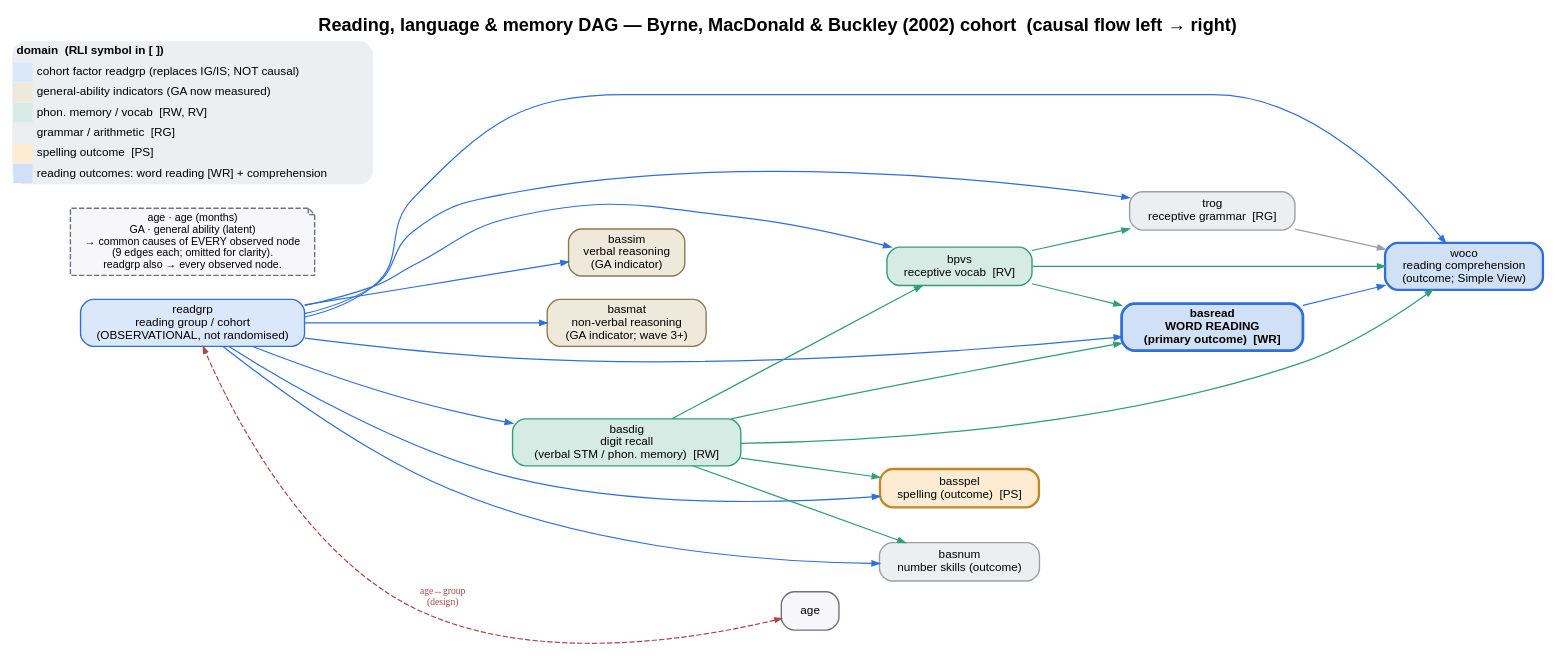
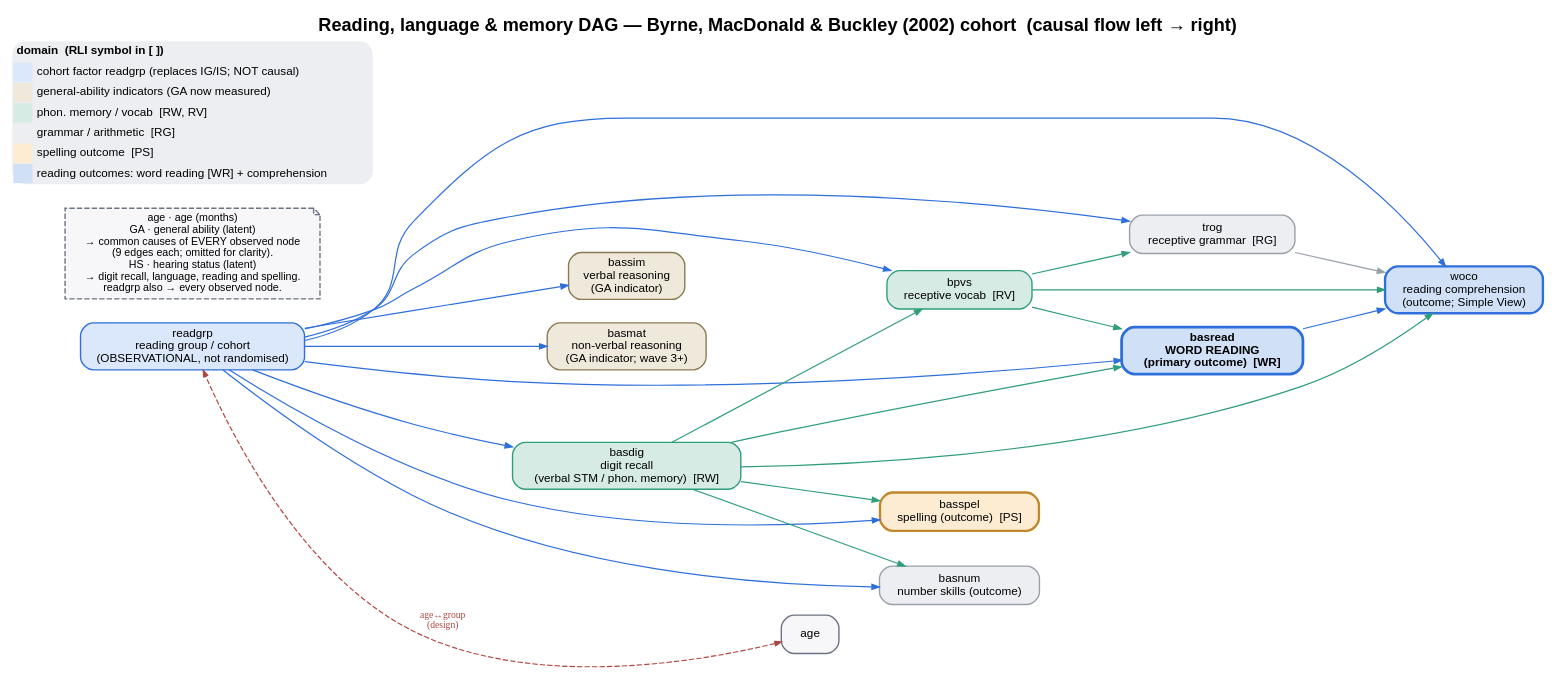
The diagram in dag/dag-reading-language-memory.dot (dseinternational/language-reading-predictors), drawn with Graphviz before and after one commit. The commit also changed 15 other files, not shown here.

```diff
--- a/dag/dag-reading-language-memory.dot
+++ b/dag/dag-reading-language-memory.dot
@@ -1,74 +1,74 @@
 digraph RLM_DAG {
   rankdir=LR;
   bgcolor="white";
   labelloc="t";
   fontname="Helvetica-Bold";
   fontsize=17;
   label="Reading, language & memory DAG — Byrne, MacDonald & Buckley (2002) cohort  (causal flow left → right)";
   nodesep=0.30;
   ranksep=1.05;
   concentrate=false;
   splines=true;
   node [shape=box, style="rounded,filled", fontname="Helvetica", fontsize=11,
         margin="0.11,0.06", penwidth=1.3, color="#9aa0a8", fillcolor="#eceef1"];
   edge [penwidth=1.1, arrowsize=0.7];
 
   // ================= NODES =================
   readgrp [label="readgrp\nreading group / cohort\n(OBSERVATIONAL, not randomised)",
            fillcolor="#dbe8fb", color="#2f6fdb"];
 
   bassim [label="bassim\nverbal reasoning\n(GA indicator)", fillcolor="#efe9dc", color="#8a7a52"];
   basmat [label="basmat\nnon-verbal reasoning\n(GA indicator; wave 3+)", fillcolor="#efe9dc", color="#8a7a52"];
 
   basdig [label="basdig\ndigit recall\n(verbal STM / phon. memory)  [RW]", fillcolor="#d6ebe4", color="#2f9e78"];
   bpvs   [label="bpvs\nreceptive vocab  [RV]", fillcolor="#d6ebe4", color="#2f9e78"];
   trog   [label="trog\nreceptive grammar  [RG]", fillcolor="#eceef1", color="#9aa0a8"];
 
   basread [label="basread\nWORD READING\n(primary outcome)  [WR]", fillcolor="#cfe0f7", color="#2f6fdb", penwidth=2.6, fontname="Helvetica-Bold"];
   basspel [label="basspel\nspelling (outcome)  [PS]", fillcolor="#fdecd2", color="#c2872a", penwidth=2.2];
   basnum  [label="basnum\nnumber skills (outcome)", fillcolor="#eceef1", color="#9aa0a8"];
   woco    [label="woco\nreading comprehension\n(outcome; Simple View)", fillcolor="#cfe0f7", color="#2f6fdb", penwidth=2.2];
 
   // background common causes (shown, edges summarised)
-  ABG [label="age · age (months)\nGA · general ability (latent)\n→ common causes of EVERY observed node\n(9 edges each; omitted for clarity).\nreadgrp also → every observed node.",
+  ABG [label="age · age (months)\nGA · general ability (latent)\n→ common causes of EVERY observed node\n(9 edges each; omitted for clarity).\nHS · hearing status (latent)\n→ digit recall, language, reading and spelling.\nreadgrp also → every observed node.",
        shape=note, fillcolor="#f7f7f9", color="#6b7280", fontsize=10, style="filled,dashed"];
 
   LEG [shape=none, margin=0, label=<
     <table border="0" cellborder="0" cellspacing="1" cellpadding="3">
       <tr><td colspan="2" align="left"><b>domain  (RLI symbol in [ ])</b></td></tr>
       <tr><td bgcolor="#dbe8fb" width="18"> </td><td align="left">cohort factor readgrp (replaces IG/IS; NOT causal)</td></tr>
       <tr><td bgcolor="#efe9dc" width="18"> </td><td align="left">general-ability indicators (GA now measured)</td></tr>
       <tr><td bgcolor="#d6ebe4" width="18"> </td><td align="left">phon. memory / vocab  [RW, RV]</td></tr>
       <tr><td bgcolor="#eceef1" width="18"> </td><td align="left">grammar / arithmetic  [RG]</td></tr>
       <tr><td bgcolor="#fdecd2" width="18"> </td><td align="left">spelling outcome  [PS]</td></tr>
       <tr><td bgcolor="#cfe0f7" width="18"> </td><td align="left">reading outcomes: word reading [WR] + comprehension</td></tr>
     </table>>];
 
   // ================= EDGES (colored by source domain) =================
   edge [color="#2f6fdb"];            // cohort factor
   readgrp -> {bassim basmat basdig bpvs trog basread basspel basnum woco};
 
   edge [color="#2f9e78"];            // phon. memory / vocab
   basdig -> {bpvs basread basspel basnum woco};
   bpvs   -> {trog basread woco};
 
   edge [color="#9aa0a8"];            // grammar -> comprehension
   trog -> woco;
 
   edge [color="#2f6fdb"];            // word reading -> comprehension (Simple View)
   basread -> woco;
 
   // design-induced association (matching): reading-matched younger. Not causal.
   edge [color="#b0453f", style=dashed, dir=both, arrowsize=0.6, constraint=false];
   age_note -> readgrp [label=" age↔group\n (design)", fontsize=9, fontcolor="#b0453f"];
   age_note [label="age", shape=box, style="rounded,filled", fillcolor="#f7f7f9", color="#6b7280"];
 
   // ================= RANK HINTS =================
   {rank=source; readgrp; ABG; LEG;}
   {rank=same; bassim; basmat;}
   {rank=same; basdig;}
   {rank=same; bpvs;}
   {rank=same; trog; basread;}
   {rank=same; basspel; basnum;}
   {rank=sink; woco;}
 }
```
